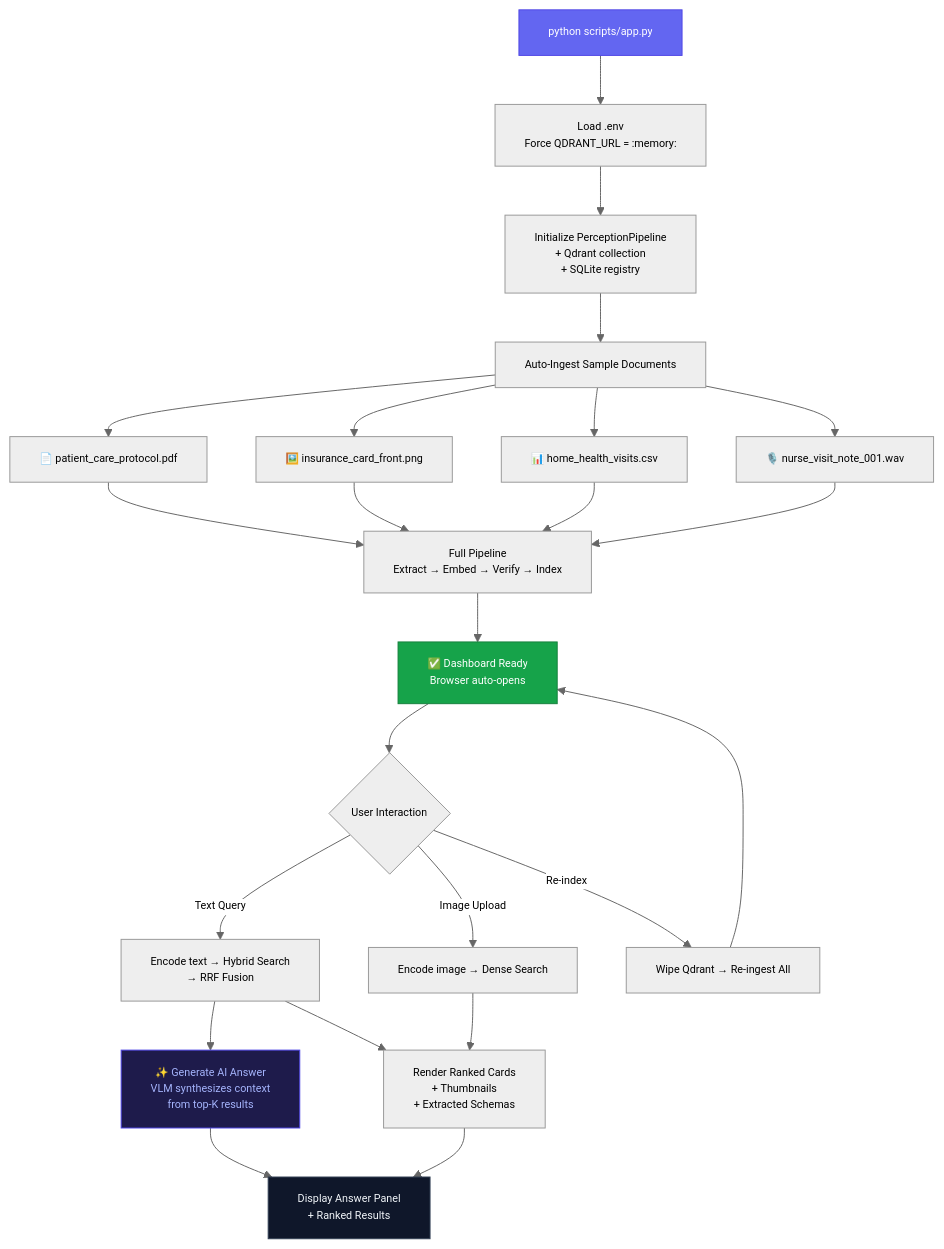
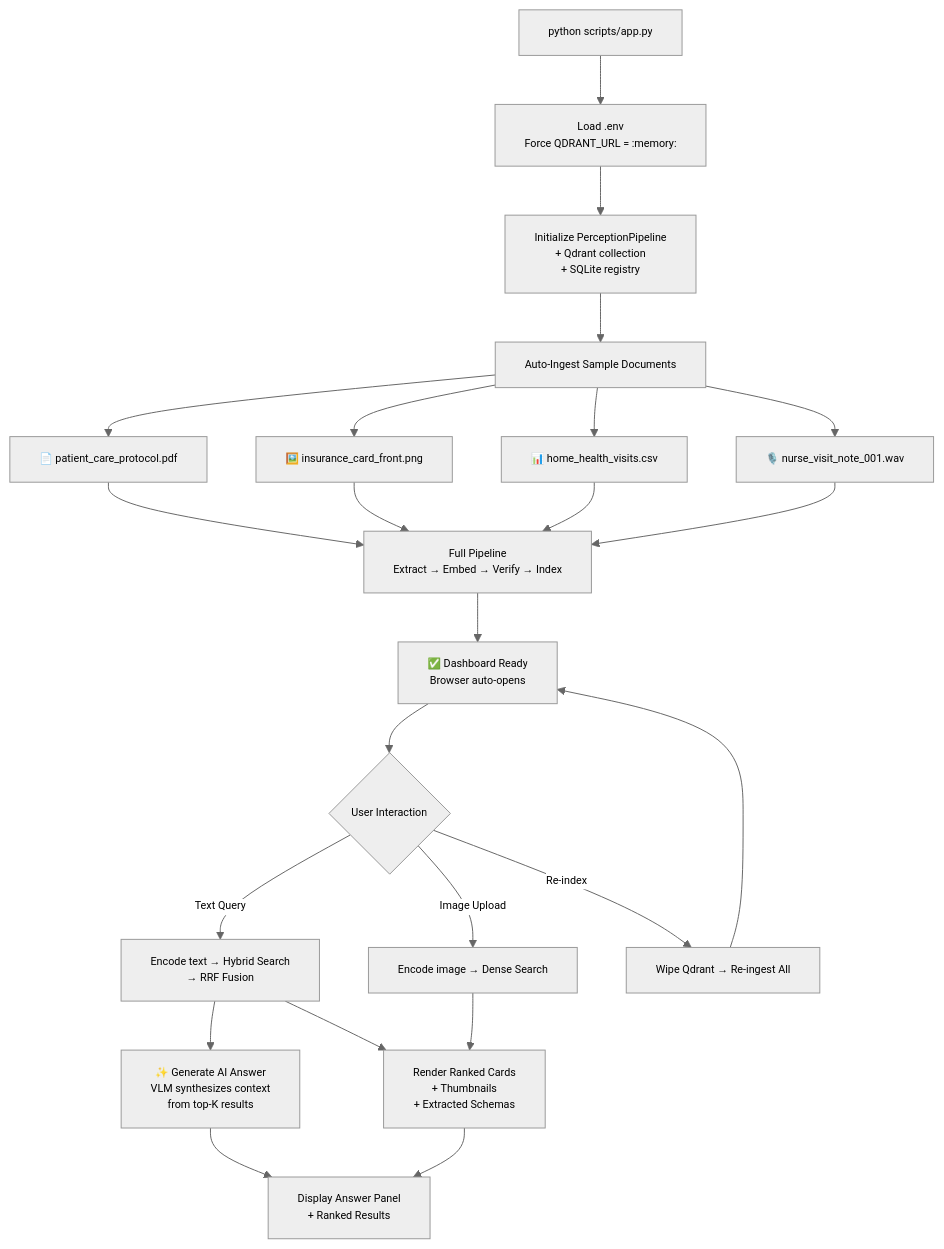
Before and after one commit to the-write-path-code/ch06-multimodal-perception: the third of 4 diagrams in workflow/pipeline_flow.md, drawn with Mermaid. The commit also changed other lines of this file, not shown here.

First line of the commit message:
Remove styling details from pipeline_flow.md

````diff
--- a/workflow/pipeline_flow.md
+++ b/workflow/pipeline_flow.md
@@ -140,40 +136,35 @@
 ```mermaid
 %%{init: {"theme": "neutral", "themeVariables": {"fontFamily": "Arial, Helvetica, sans-serif", "fontSize": "11px", "actorFontSize": "11px", "noteFontSize": "10px", "messageFontSize": "10px"}}}%%
 graph TD
     %% Startup Phase
     Launch["python scripts/app.py"] --> EnvSetup["Load .env<br/>Force QDRANT_URL = :memory:"]
     EnvSetup --> InitPipeline["Initialize PerceptionPipeline<br/>+ Qdrant collection<br/>+ SQLite registry"]
     InitPipeline --> AutoIngest["Auto-Ingest Sample Documents"]
     
     %% Ingestion subflow
     AutoIngest --> IngestPDF["📄 patient_care_protocol.pdf"]
     AutoIngest --> IngestIMG["🖼️ insurance_card_front.png"]
     AutoIngest --> IngestCSV["📊 home_health_visits.csv"]
     AutoIngest --> IngestWAV["🎙️ nurse_visit_note_001.wav"]
     
     IngestPDF & IngestIMG & IngestCSV & IngestWAV --> PipelineRun["Full Pipeline<br/>Extract → Embed → Verify → Index"]
     PipelineRun --> Ready["✅ Dashboard Ready<br/>Browser auto-opens"]
     
     %% User interaction
     Ready --> UserAction{"User Interaction"}
     
     UserAction -->|"Text Query"| TextSearch["Encode text → Hybrid Search<br/>→ RRF Fusion"]
     UserAction -->|"Image Upload"| ImageSearch["Encode image → Dense Search"]
     UserAction -->|"Re-index"| Reindex["Wipe Qdrant → Re-ingest All"]
     
     %% RAG Answer
     TextSearch --> RAGAnswer["✨ Generate AI Answer<br/>VLM synthesizes context<br/>from top-K results"]
     TextSearch --> RenderResults["Render Ranked Cards<br/>+ Thumbnails<br/>+ Extracted Schemas"]
     ImageSearch --> RenderResults
     
     RAGAnswer --> FinalDisplay["Display Answer Panel<br/>+ Ranked Results"]
     RenderResults --> FinalDisplay
     
     Reindex --> Ready
 
-    %% Styling
-    style Launch fill:#6366f1,color:#fff,stroke:#4f46e5
-    style Ready fill:#16a34a,color:#fff,stroke:#15803d
-    style RAGAnswer fill:#1e1b4b,color:#a5b4fc,stroke:#4f46e5
-    style FinalDisplay fill:#0f172a,color:#f1f5f9,stroke:#334155
 ```
````
